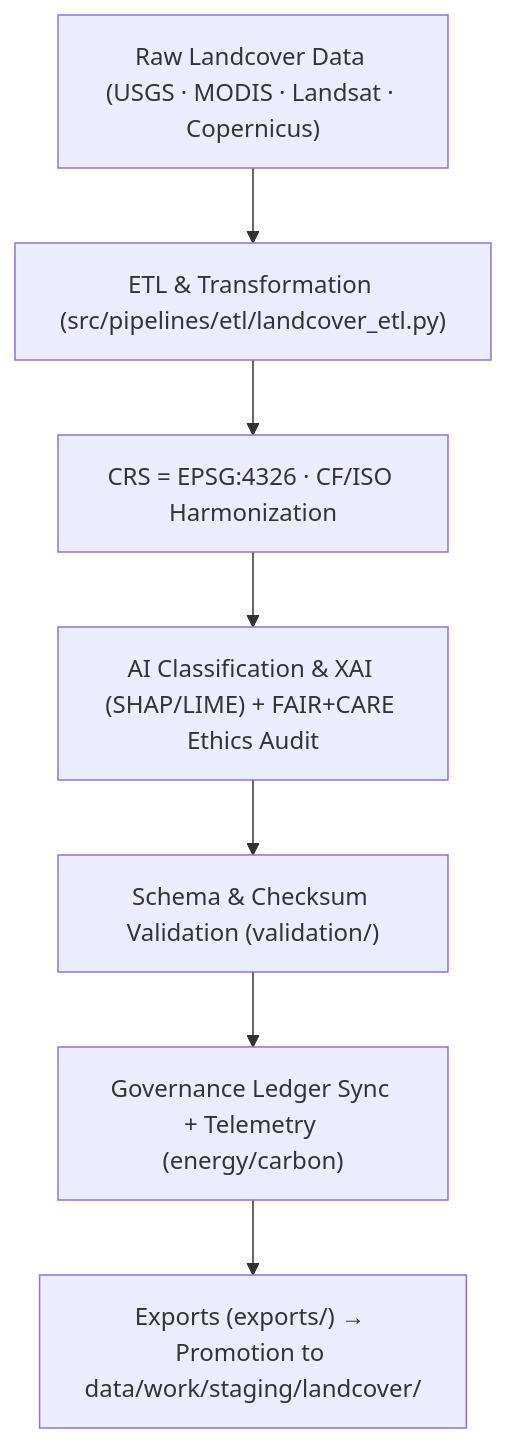
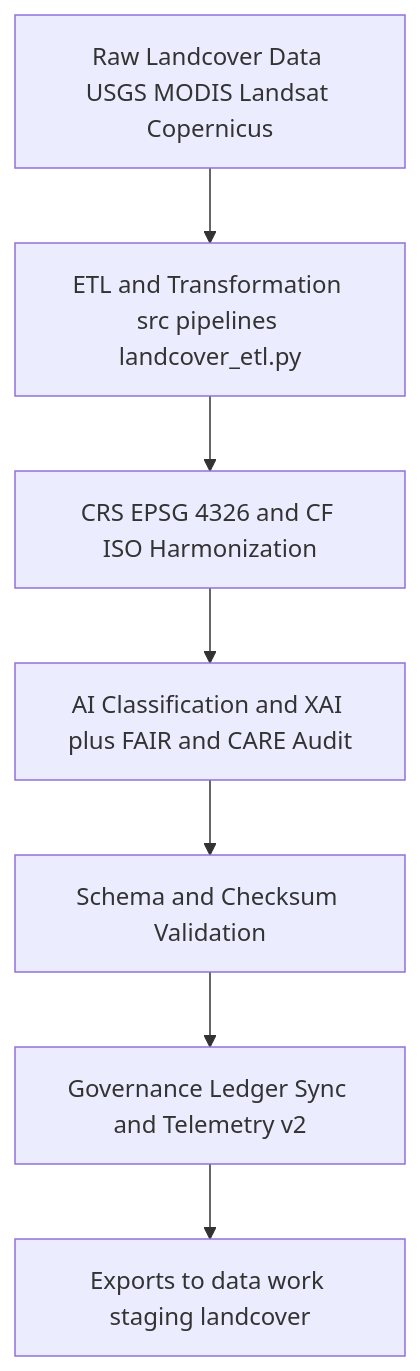
The diagram in data/work/tmp/landcover/README.md (bartytime4life/Kansas-Frontier-Matrix), drawn with Mermaid before and after one commit. The commit also changed other lines of this file, not shown here.

Commit message:
Upgrade README to v10.0.0 with telemetry v2

````diff
--- a/data/work/tmp/landcover/README.md
+++ b/data/work/tmp/landcover/README.md
@@ -89,9 +97,9 @@
 ```mermaid
 flowchart TD
-    A["Raw Landcover Data (USGS · MODIS · Landsat · Copernicus)"] --> B["ETL & Transformation (src/pipelines/etl/landcover_etl.py)"]
-    B --> C["CRS = EPSG:4326 · CF/ISO Harmonization"]
-    C --> D["AI Classification & XAI (SHAP/LIME) + FAIR+CARE Ethics Audit"]
-    D --> E["Schema & Checksum Validation (validation/)"]
-    E --> F["Governance Ledger Sync + Telemetry (energy/carbon)"]
-    F --> G["Exports (exports/) → Promotion to data/work/staging/landcover/"]
+    A["Raw Landcover Data USGS MODIS Landsat Copernicus"] --> B["ETL and Transformation src pipelines landcover_etl.py"]
+    B --> C["CRS EPSG 4326 and CF ISO Harmonization"]
+    C --> D["AI Classification and XAI plus FAIR and CARE Audit"]
+    D --> E["Schema and Checksum Validation"]
+    E --> F["Governance Ledger Sync and Telemetry v2"]
+    F --> G["Exports to data work staging landcover"]
 ```
````
